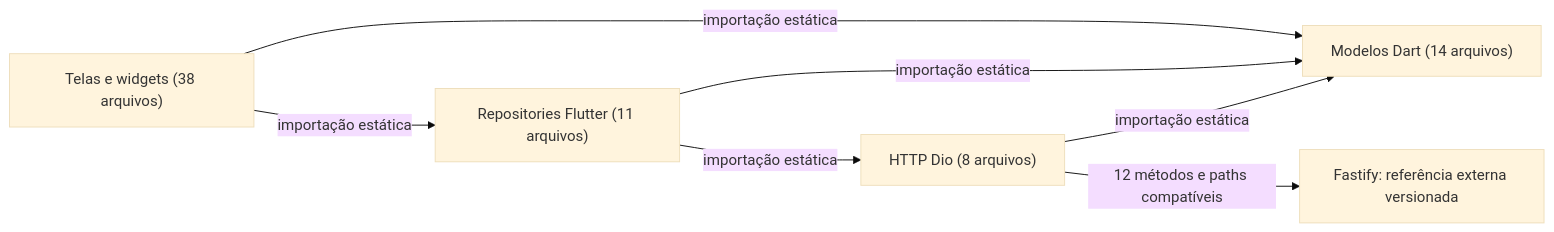
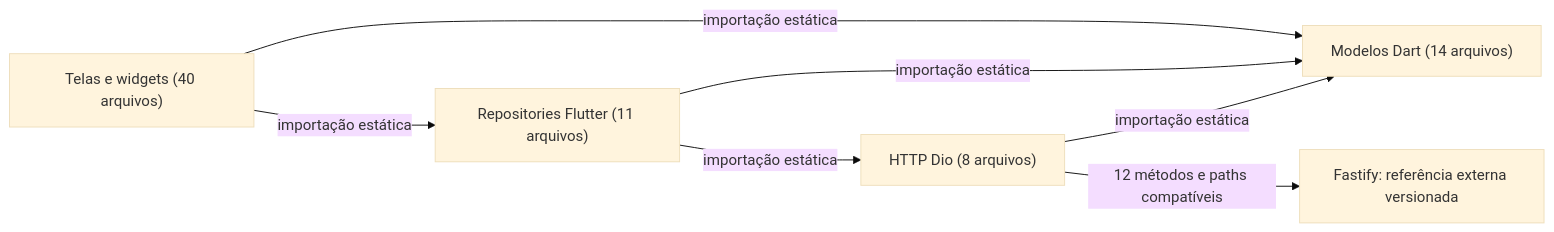
Before and after one commit to richardcastrogois/TrainForge: the first of 2 diagrams in docs/arquitetura/README.md, drawn with Mermaid (base theme). The commit also changed other lines of this file and 29 other files, not shown here.

````diff
--- a/docs/arquitetura/README.md
+++ b/docs/arquitetura/README.md
@@ -19,14 +19,14 @@
 ```mermaid
 flowchart LR
-    node0["Telas e widgets (38 arquivos)"]
+    node0["Telas e widgets (40 arquivos)"]
     node1["Repositories Flutter (11 arquivos)"]
     node2["HTTP Dio (8 arquivos)"]
     node3["Modelos Dart (14 arquivos)"]
     node4["Fastify: referência externa versionada"]
     node2 -->|"importação estática"| node3
     node1 -->|"importação estática"| node2
     node1 -->|"importação estática"| node3
     node0 -->|"importação estática"| node3
     node0 -->|"importação estática"| node1
     node2 -->|"12 métodos e paths compatíveis"| node4
 ```
````
